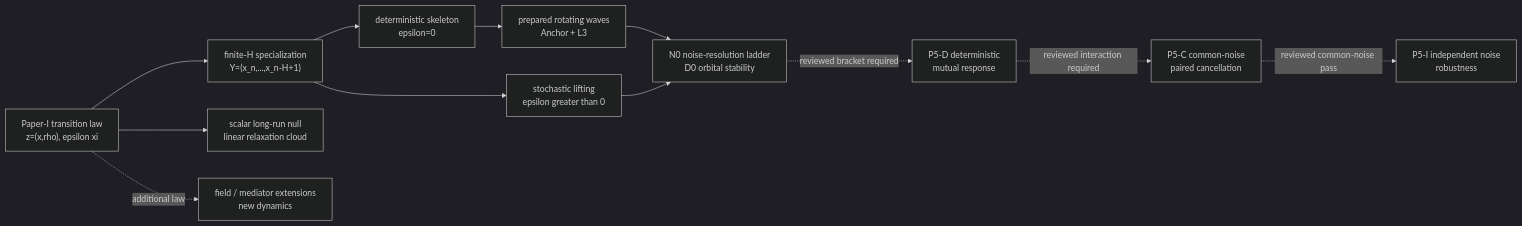
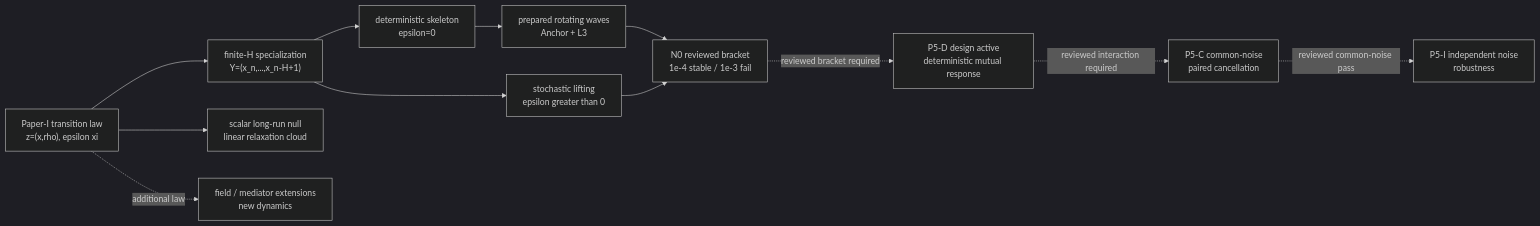
One commit to MemoryDynamics/Knoten changed the seventh of 8 diagrams in docs/reference/repository_map.md. Above: the diagram before and after it, drawn with Mermaid (dark theme). The commit also changed other lines of this file and 9 other files, not shown here.

Commit message:
docs: review N0 bracket and reopen P5 design

````diff
--- a/docs/reference/repository_map.md
+++ b/docs/reference/repository_map.md
@@ -348,23 +348,23 @@
 ```mermaid
 flowchart LR
     paperlaw["Paper-I transition law<br/>z=(x,rho), epsilon xi"]
     finiteh["finite-H specialization<br/>Y=(x_n,...,x_n-H+1)"]
     deterministic["deterministic skeleton<br/>epsilon=0"]
     stochastic["stochastic lifting<br/>epsilon greater than 0"]
     longrun["scalar long-run null<br/>linear relaxation cloud"]
     loops["prepared rotating waves<br/>Anchor + L3"]
-    n0["N0 noise-resolution ladder<br/>D0 orbital stability"]
-    p5d["P5-D deterministic<br/>mutual response"]
+    n0["N0 reviewed bracket<br/>1e-4 stable / 1e-3 fail"]
+    p5d["P5-D design active<br/>deterministic mutual response"]
     p5c["P5-C common-noise<br/>paired cancellation"]
     p5i["P5-I independent noise<br/>robustness"]
     fields["field / mediator extensions<br/>new dynamics"]
 
     paperlaw --> finiteh
     paperlaw --> longrun
     finiteh --> deterministic --> loops --> n0
     finiteh --> stochastic --> n0
     n0 -.reviewed bracket required.-> p5d
     p5d -.reviewed interaction required.-> p5c
     p5c -.reviewed common-noise pass.-> p5i
     paperlaw -.additional law.-> fields
 ```
````
